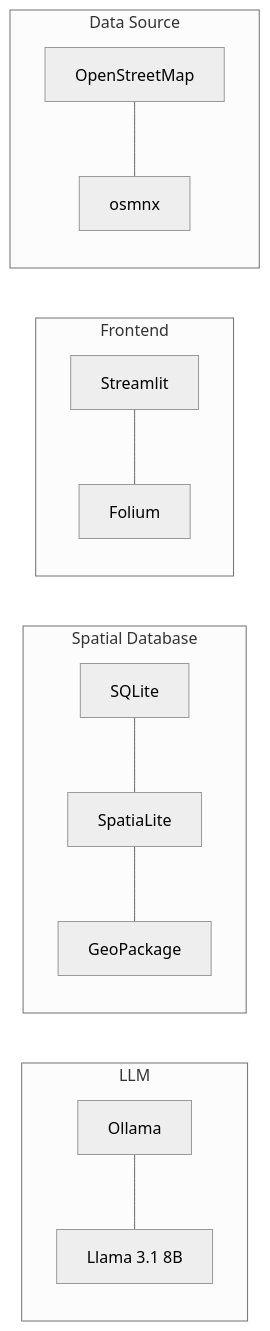
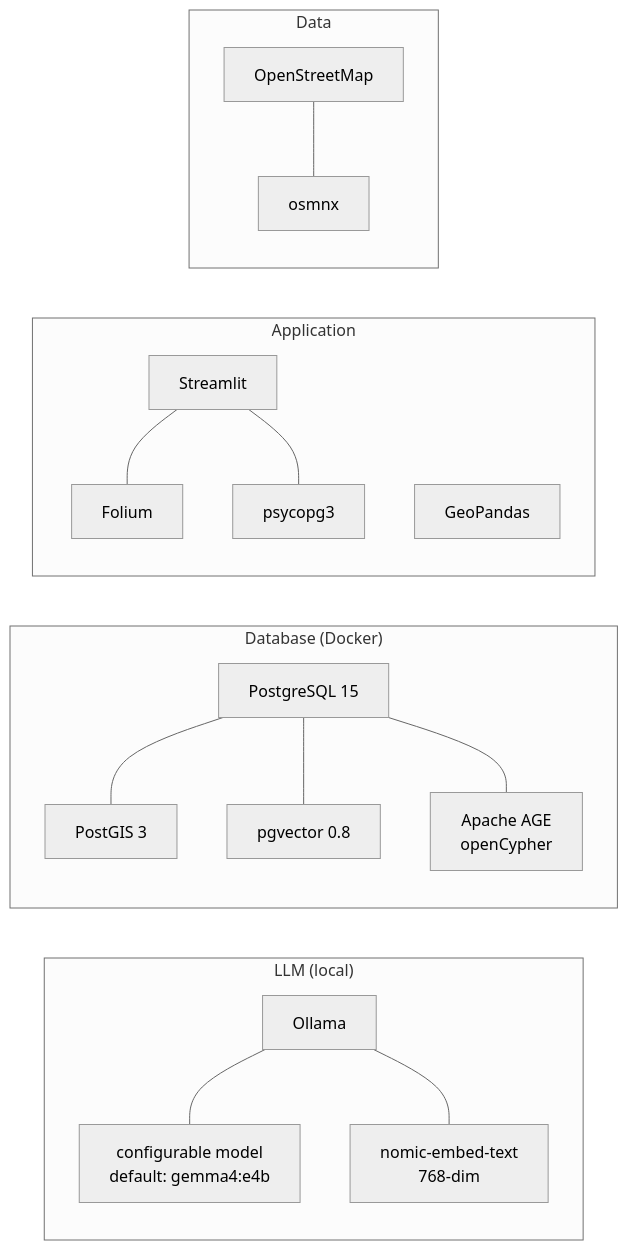
Before and after one commit to bhuwan1998/semantic-spatial-search: the third of 3 diagrams in README.md, drawn with Mermaid (neutral theme). The commit also changed other lines of this file and 21 other files, not shown here.

First line of the commit message:
Add graph explorer, map bounds, green/building polygon layers, few-shot expansions, validator fixes, and IMPROVEMENTS.md

````diff
--- a/README.md
+++ b/README.md
@@ -69,29 +109,36 @@
 ```mermaid
 graph LR
-    subgraph llm ["LLM"]
+    subgraph llm_stack ["LLM (local)"]
         OLLAMA["Ollama"]
-        LLAMA["Llama 3.1 8B"]
+        MODEL["configurable model\ndefault: gemma4:e4b"]
+        EMBED2["nomic-embed-text\n768-dim"]
     end
 
-    subgraph db ["Spatial Database"]
-        SQLITE["SQLite"]
-        SPATIALITE["SpatiaLite"]
-        GPKG["GeoPackage"]
+    subgraph db_stack ["Database (Docker)"]
+        PG15["PostgreSQL 15"]
+        POSTGIS2["PostGIS 3"]
+        PGVEC2["pgvector 0.8"]
+        AGE2["Apache AGE\nopenCypher"]
     end
 
-    subgraph ui ["Frontend"]
+    subgraph app_stack ["Application"]
         ST["Streamlit"]
         FOL["Folium"]
+        PSYCOPG["psycopg3"]
+        GEOPANDAS["GeoPandas"]
     end
 
-    subgraph data_src ["Data Source"]
+    subgraph data_stack ["Data"]
         OSM["OpenStreetMap"]
         OSMNX["osmnx"]
     end
 
-    OLLAMA --- LLAMA
-    SQLITE --- SPATIALITE
-    SPATIALITE --- GPKG
+    OLLAMA --- MODEL
+    OLLAMA --- EMBED2
+    PG15 --- POSTGIS2
+    PG15 --- PGVEC2
+    PG15 --- AGE2
     ST --- FOL
+    ST --- PSYCOPG
     OSM --- OSMNX
 ```
````
